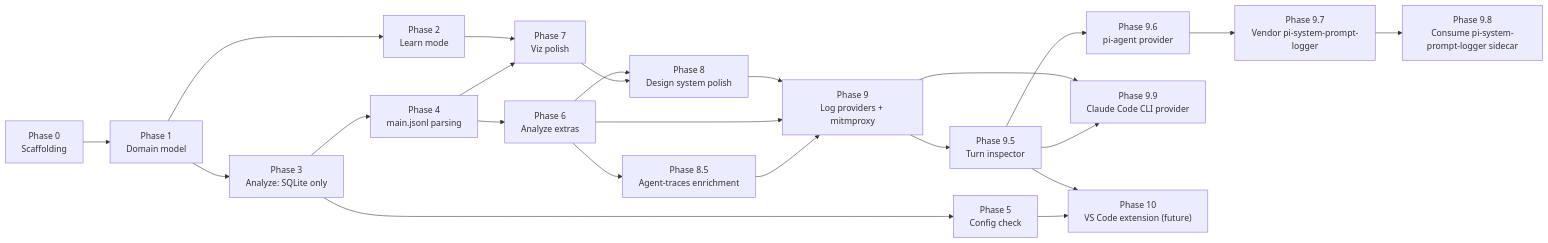
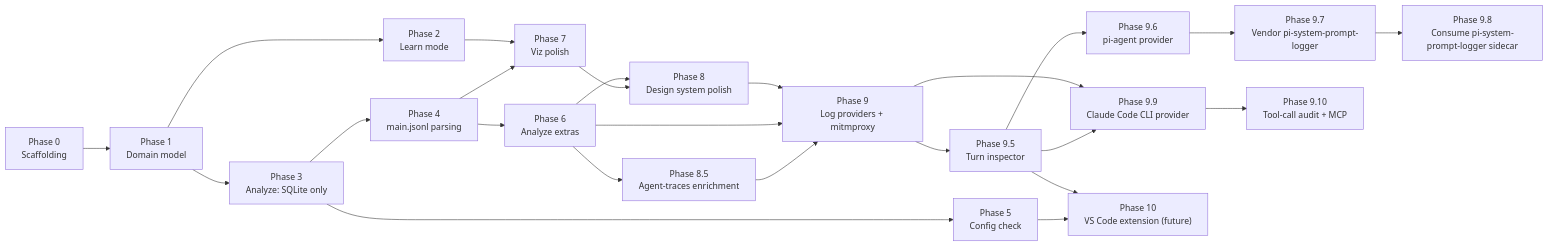
The diagram in docs/implementation-plan.md (raulkivi/copilot-cost-analyzer), drawn with Mermaid before and after one commit. The commit also changed other lines of this file and 91 other files, not shown here.

First line of the commit message:
Phase 9.10: Tool-call audit with outcomes, failure classification, and reports (#38)

````diff
--- a/docs/implementation-plan.md
+++ b/docs/implementation-plan.md
@@ -1115,25 +1147,26 @@
 ```mermaid
 flowchart LR
     P0["Phase 0<br/>Scaffolding"] --> P1["Phase 1<br/>Domain model"]
     P1 --> P2["Phase 2<br/>Learn mode"]
     P1 --> P3["Phase 3<br/>Analyze: SQLite only"]
     P3 --> P4["Phase 4<br/>main.jsonl parsing"]
     P3 --> P5["Phase 5<br/>Config check"]
     P4 --> P6["Phase 6<br/>Analyze extras"]
     P2 --> P7["Phase 7<br/>Viz polish"]
     P4 --> P7
     P6 --> P8["Phase 8<br/>Design system polish"]
     P7 --> P8
     P6 --> P85["Phase 8.5<br/>Agent-traces enrichment"]
     P8 --> P9["Phase 9<br/>Log providers + mitmproxy"]
     P6 --> P9
     P85 --> P9
     P9 --> P95["Phase 9.5<br/>Turn inspector"]
     P95 --> P96["Phase 9.6<br/>pi-agent provider"]
     P96 --> P97["Phase 9.7<br/>Vendor pi-system-prompt-logger"]
     P97 --> P98["Phase 9.8<br/>Consume pi-system-prompt-logger sidecar"]
     P9 --> P99["Phase 9.9<br/>Claude Code CLI provider"]
     P95 --> P99
+    P99 --> P910["Phase 9.10<br/>Tool-call audit + MCP"]
     P95 --> P10["Phase 10<br/>VS Code extension (future)"]
     P5 --> P10
 ```
````
